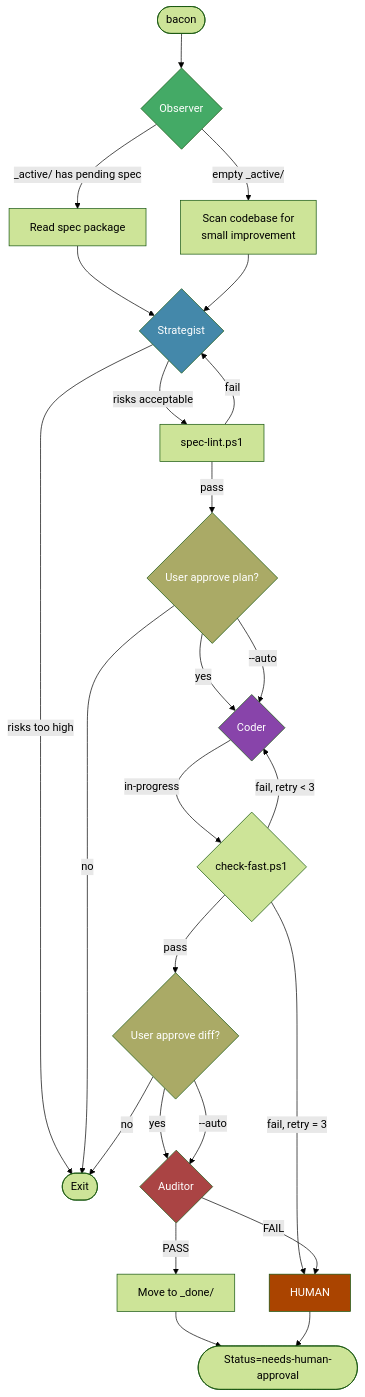
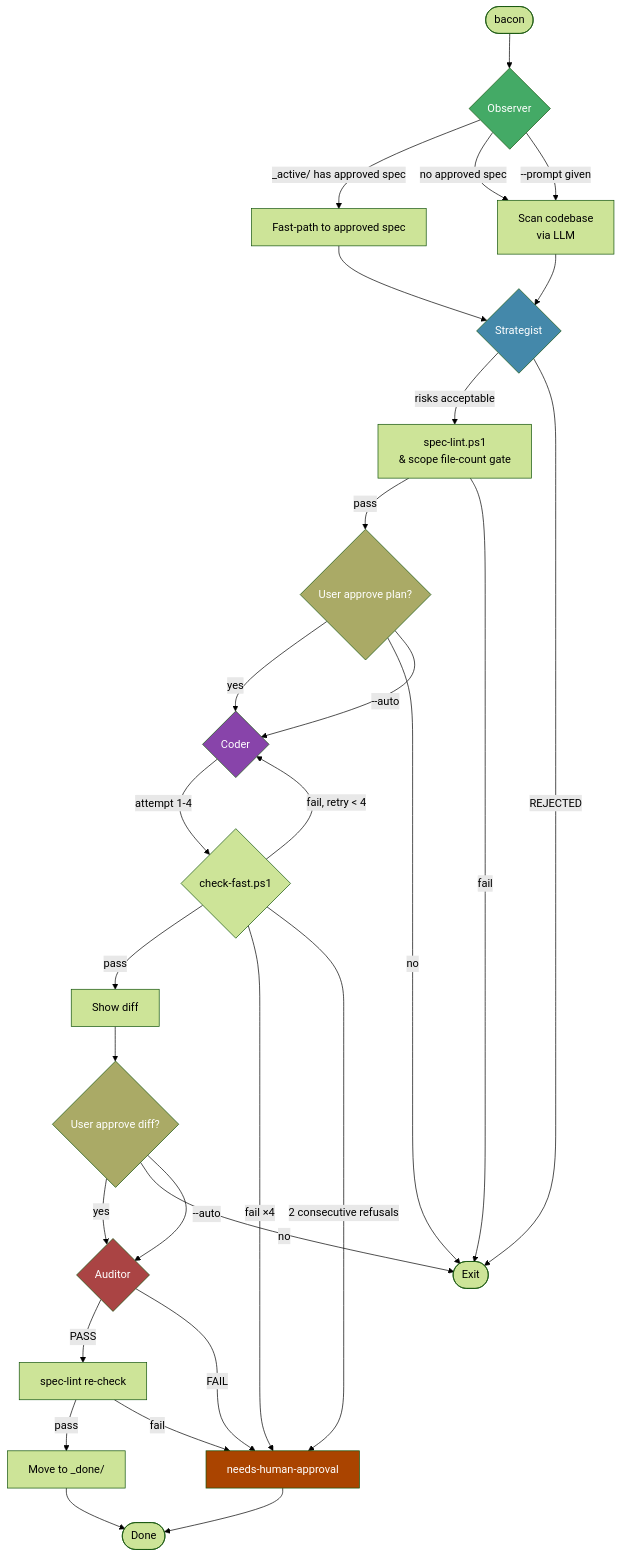
One commit to kardelitaitu/auto-rust changed the diagram in .bacon/.bacon-workflow.md. Above: the diagram before and after it, drawn with Mermaid (forest theme). The commit also changed other lines of this file and 5 other files, not shown here.

````diff
--- a/.bacon/.bacon-workflow.md
+++ b/.bacon/.bacon-workflow.md
@@ -38,41 +38,48 @@
 ```mermaid
 flowchart TD
     START([bacon]) --> OBS{Observer}
-    OBS -->|_active/ has pending spec| READ[Read spec package]
-    OBS -->|empty _active/| SCAN[Scan codebase for<br/>small improvement]
+    OBS -->|_active/ has approved spec| READ[Fast-path to approved spec]
+    OBS -->|no approved spec| LLM[Scan codebase<br/>via LLM]
+    OBS -->|--prompt given| LLM
+
     READ --> STRAT{Strategist}
-    SCAN --> STRAT
+    LLM --> STRAT
 
-    STRAT -->|risks acceptable| LINT[spec-lint.ps1]
-    STRAT -->|risks too high| EXIT([Exit])
+    STRAT -->|risks acceptable| LINT[spec-lint.ps1<br/>& scope file-count gate]
+    STRAT -->|REJECTED| EXIT([Exit])
 
     LINT -->|pass| GATE1{User approve plan?}
-    LINT -->|fail| STRAT
+    LINT -->|fail| EXIT
 
     GATE1 -->|yes| CODER{Coder}
     GATE1 -->|no| EXIT
     GATE1 -->|--auto| CODER
 
-    CODER -->|in-progress| LOOP{check-fast.ps1}
-    LOOP -->|pass| GATE2{User approve diff?}
-    LOOP -->|fail, retry < 3| CODER
-    LOOP -->|fail, retry = 3| HUMAN
+    CODER -->|attempt 1-4| VALIDATE{check-fast.ps1}
+    VALIDATE -->|pass| DIFF[Show diff]
+    VALIDATE -->|fail, retry < 4| CODER
+    VALIDATE -->|fail ×4| H1[needs-human-approval]
+    VALIDATE -->|2 consecutive refusals| H1
 
+    DIFF --> GATE2{User approve diff?}
     GATE2 -->|yes| AUDITOR{Auditor}
     GATE2 -->|no| EXIT
     GATE2 -->|--auto| AUDITOR
 
-    AUDITOR -->|PASS| DONE[Move to _done/]
-    AUDITOR -->|FAIL| HUMAN
+    AUDITOR -->|PASS| LINT2[spec-lint re-check]
+    AUDITOR -->|FAIL| H1
+
+    LINT2 -->|pass| DONE[Move to _done/]
+    LINT2 -->|fail| H1
 
     DONE --> END([Done])
-    HUMAN --> END([Status=needs-human-approval])
+    H1 --> END
 
     style OBS fill:#4a6,color:#fff
     style STRAT fill:#48a,color:#fff
     style CODER fill:#84a,color:#fff
     style AUDITOR fill:#a44,color:#fff
-    style HUMAN fill:#a40,color:#fff
+    style H1 fill:#a40,color:#fff
     style GATE1 fill:#aa6,color:#fff
     style GATE2 fill:#aa6,color:#fff
 ```
````
